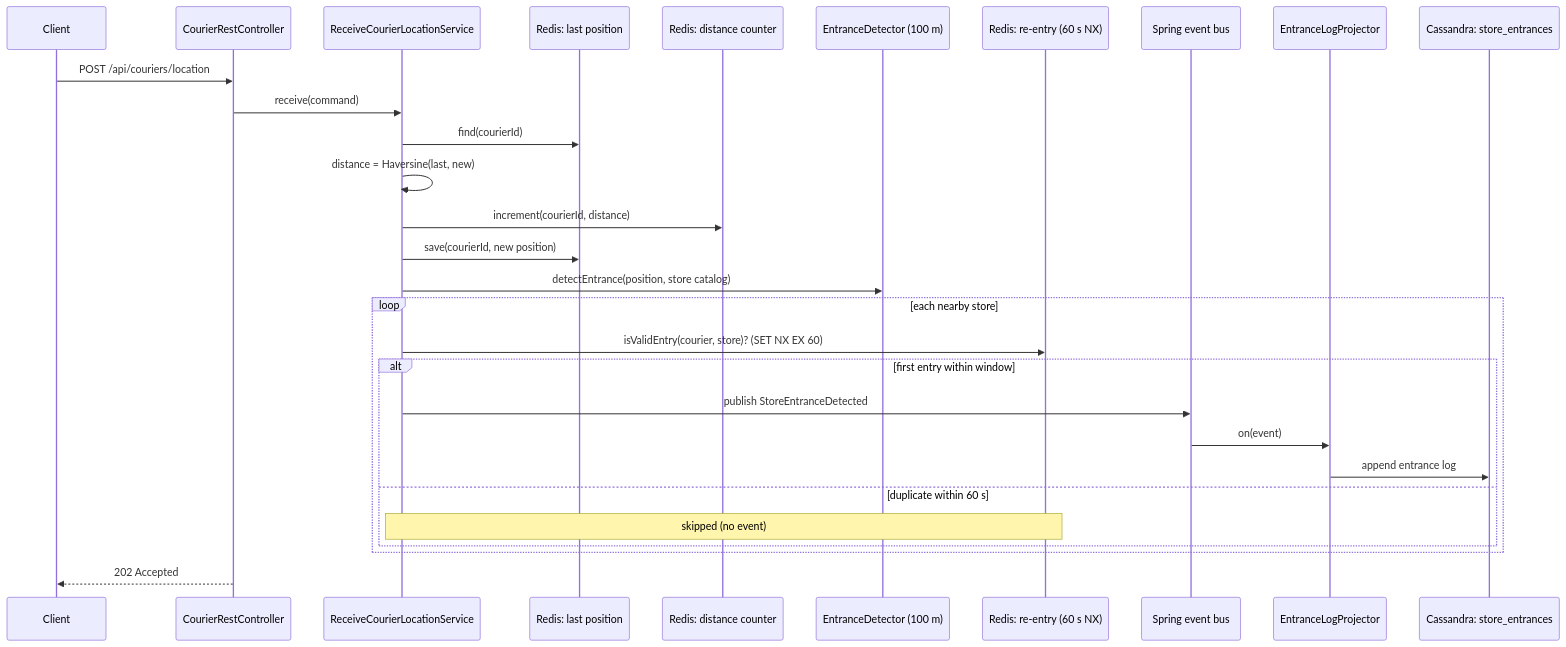
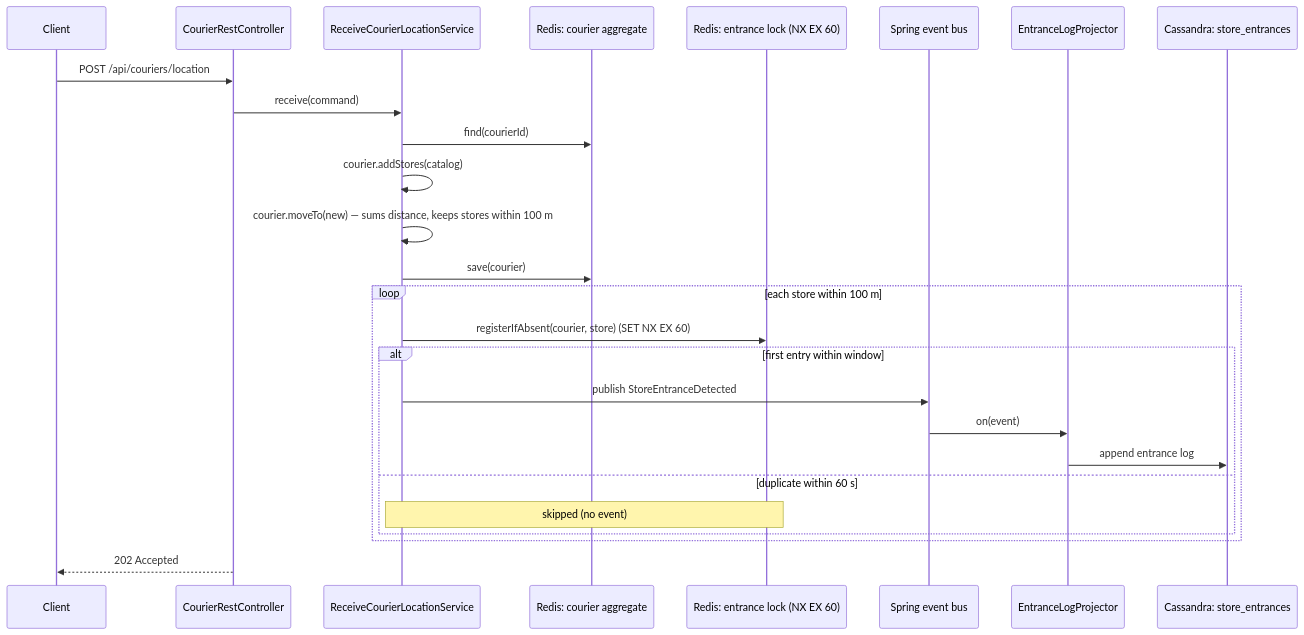
The second of 2 diagrams in README.md (cangut/courier-tracking), drawn with Mermaid before and after one commit. The commit also changed other lines of this file and 17 other files, not shown here.

````diff
--- a/README.md
+++ b/README.md
@@ -565,32 +565,29 @@
 ```mermaid
 sequenceDiagram
     participant C as Client
     participant R as CourierRestController
     participant S as ReceiveCourierLocationService
-    participant LP as Redis: last position
-    participant DC as Redis: distance counter
-    participant ED as EntranceDetector (100 m)
-    participant RE as Redis: re-entry (60 s NX)
+    participant CR as Redis: courier aggregate
+    participant RE as Redis: entrance lock (NX EX 60)
     participant EV as Spring event bus
     participant PR as EntranceLogProjector
     participant CS as Cassandra: store_entrances
 
     C->>R: POST /api/couriers/location
     R->>S: receive(command)
-    S->>LP: find(courierId)
-    S->>S: distance = Haversine(last, new)
-    S->>DC: increment(courierId, distance)
-    S->>LP: save(courierId, new position)
-    S->>ED: detectEntrance(position, store catalog)
-    loop each nearby store
-        S->>RE: isValidEntry(courier, store)?  (SET NX EX 60)
+    S->>CR: find(courierId)
+    S->>S: courier.addStores(catalog)
+    S->>S: courier.moveTo(new) — sums distance, keeps stores within 100 m
+    S->>CR: save(courier)
+    loop each store within 100 m
+        S->>RE: registerIfAbsent(courier, store)  (SET NX EX 60)
         alt first entry within window
             S->>EV: publish StoreEntranceDetected
             EV->>PR: on(event)
             PR->>CS: append entrance log
         else duplicate within 60 s
             Note over S,RE: skipped (no event)
         end
     end
     R-->>C: 202 Accepted
 ```
````
